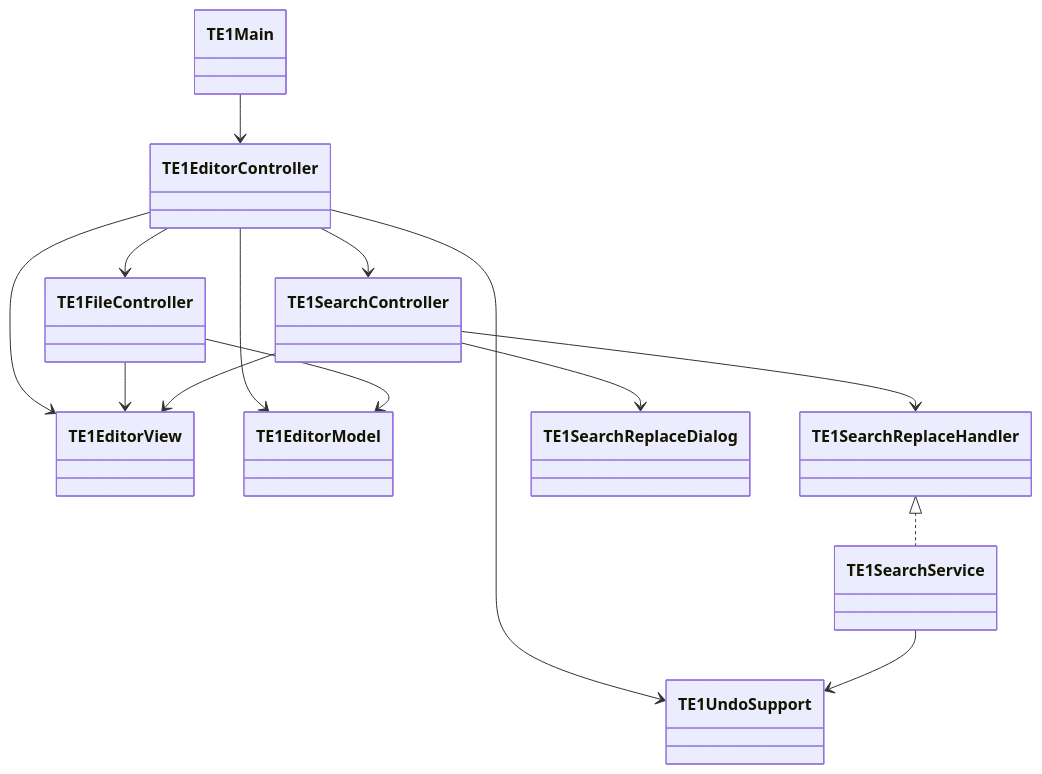
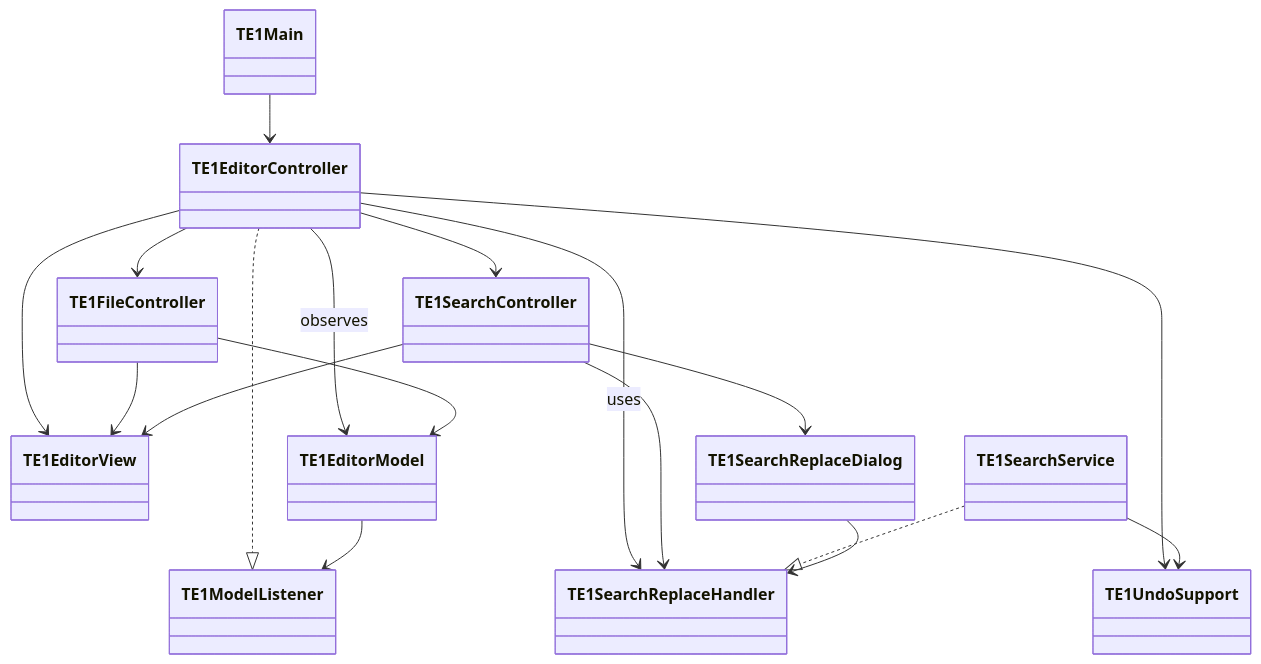
The diagram in README.md (mkunori/TextEditor1Go), drawn with Mermaid before and after one commit. The commit also changed other lines of this file, not shown here.

Commit message:
README更新

````diff
--- a/README.md
+++ b/README.md
@@ -126,35 +134,37 @@
 ```mermaid
 classDiagram
     class TE1Main
-
     class TE1EditorController
     class TE1FileController
     class TE1SearchController
-
     class TE1EditorView
     class TE1EditorModel
-
+    class TE1ModelListener
     class TE1SearchReplaceHandler
     class TE1SearchService
     class TE1SearchReplaceDialog
-
     class TE1UndoSupport
 
     TE1Main --> TE1EditorController
 
     TE1EditorController --> TE1EditorView
-    TE1EditorController --> TE1EditorModel
-    TE1EditorController --> TE1UndoSupport
+    TE1EditorController --> TE1EditorModel : observes
     TE1EditorController --> TE1FileController
     TE1EditorController --> TE1SearchController
+    TE1EditorController --> TE1UndoSupport
+    TE1EditorController --> TE1SearchReplaceHandler : uses
 
     TE1FileController --> TE1EditorView
     TE1FileController --> TE1EditorModel
 
     TE1SearchController --> TE1EditorView
     TE1SearchController --> TE1SearchReplaceHandler
     TE1SearchController --> TE1SearchReplaceDialog
 
-    TE1SearchReplaceHandler <|.. TE1SearchService
+    TE1EditorController ..|> TE1ModelListener
+    TE1EditorModel --> TE1ModelListener
+
+    TE1SearchService ..|> TE1SearchReplaceHandler
     TE1SearchService --> TE1UndoSupport
+    TE1SearchReplaceDialog --> TE1SearchReplaceHandler
 ```
````
